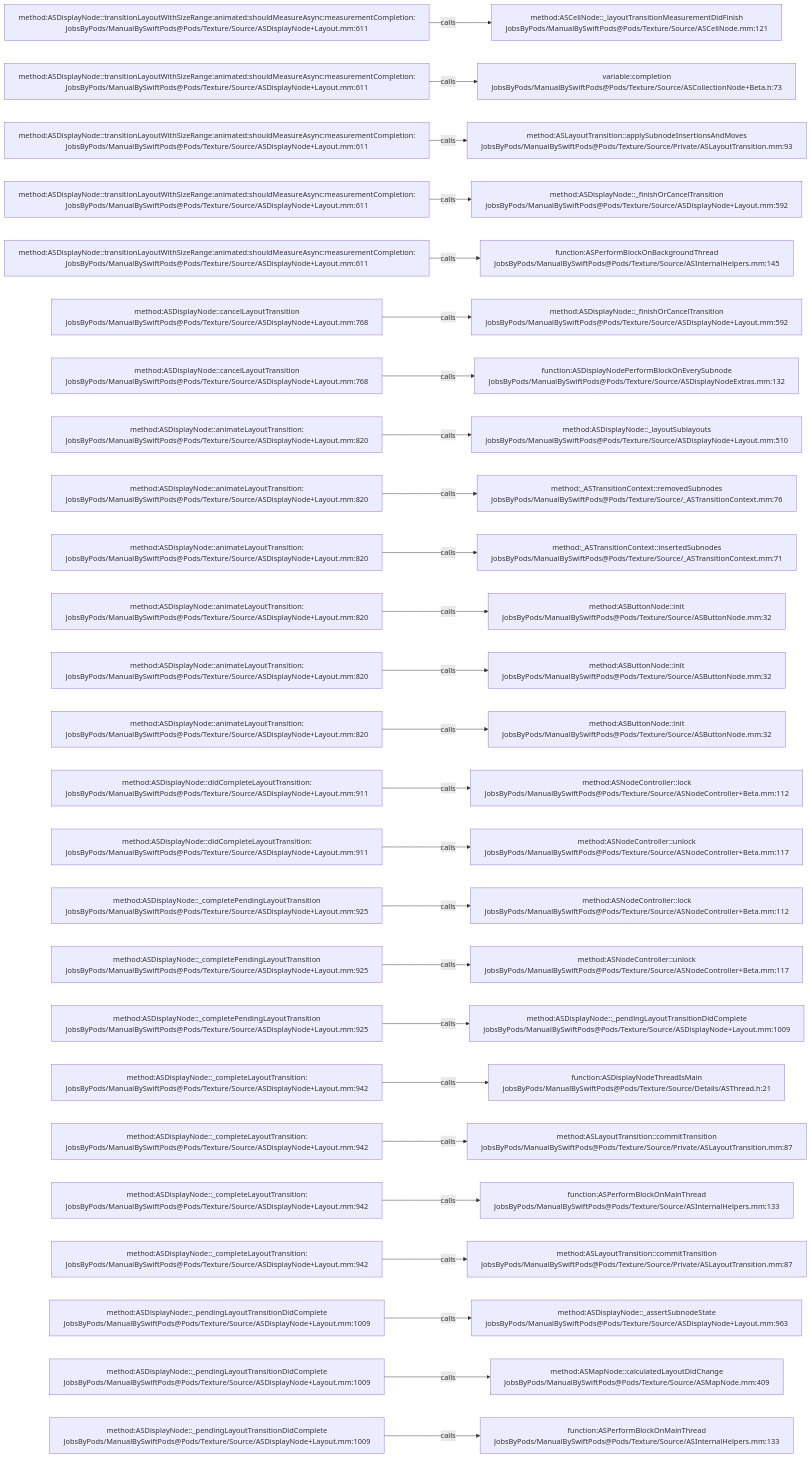
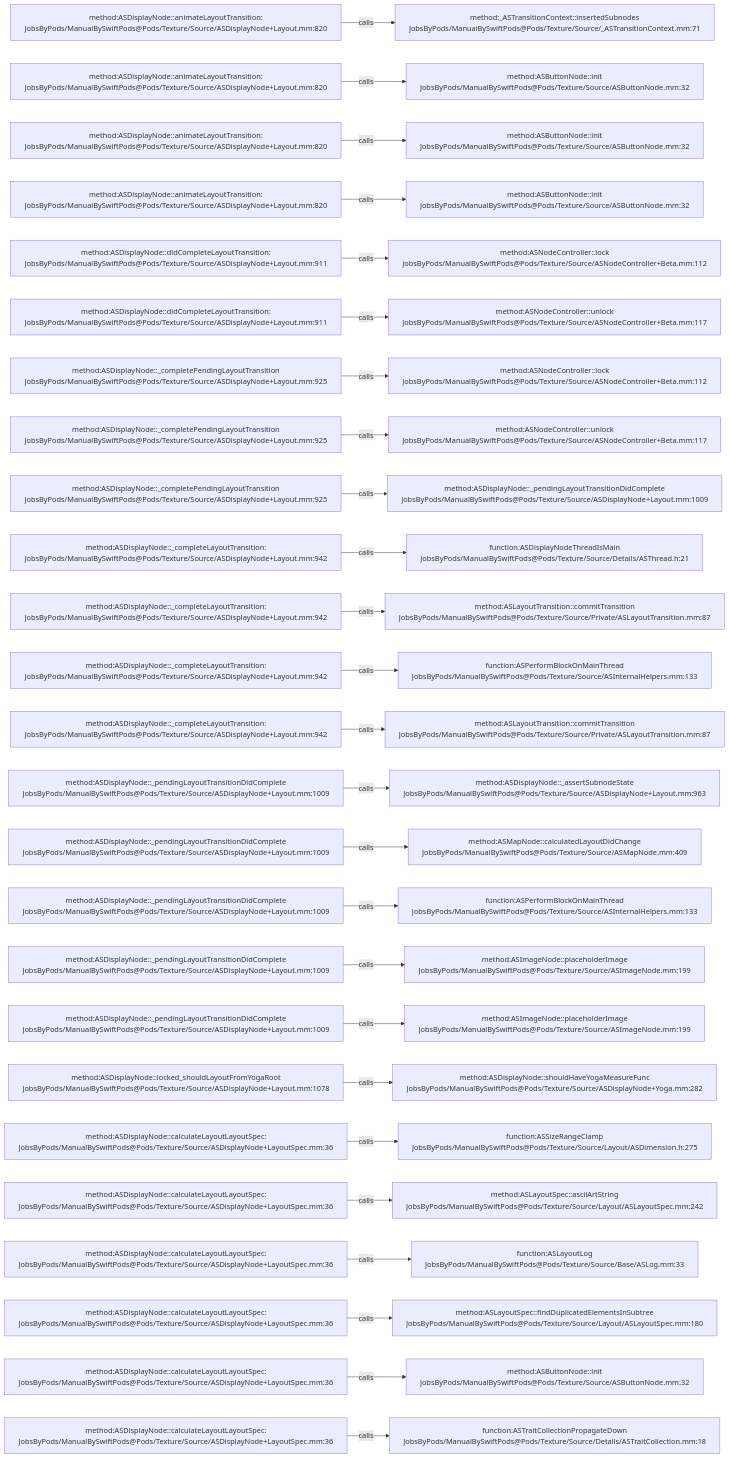
Before and after one commit to JobsKits/JobsSwiftBaseConfigDemo: the diagram in .codegraph/codegraph.md/graphs/calls-024.md, drawn with Mermaid. The commit also changed 707 other files, not shown here.

````diff
--- a/.codegraph/codegraph.md/graphs/calls-024.md
+++ b/.codegraph/codegraph.md/graphs/calls-024.md
@@ -13,78 +13,78 @@
 ```mermaid
 flowchart LR
-  S1["method:ASDisplayNode::transitionLayoutWithSizeRange:animated:shouldMeasureAsync:measurementCompletion:<br/>JobsByPods/ManualBySwiftPods@Pods/Texture/Source/ASDisplayNode+Layout.mm:611"]
-  T1["method:ASCellNode::_layoutTransitionMeasurementDidFinish<br/>JobsByPods/ManualBySwiftPods@Pods/Texture/Source/ASCellNode.mm:121"]
+  S1["method:ASDisplayNode::animateLayoutTransition:<br/>JobsByPods/ManualBySwiftPods@Pods/Texture/Source/ASDisplayNode+Layout.mm:820"]
+  T1["method:_ASTransitionContext::insertedSubnodes<br/>JobsByPods/ManualBySwiftPods@Pods/Texture/Source/_ASTransitionContext.mm:71"]
   S1 -->|calls| T1
-  S2["method:ASDisplayNode::transitionLayoutWithSizeRange:animated:shouldMeasureAsync:measurementCompletion:<br/>JobsByPods/ManualBySwiftPods@Pods/Texture/Source/ASDisplayNode+Layout.mm:611"]
-  T2["variable:completion<br/>JobsByPods/ManualBySwiftPods@Pods/Texture/Source/ASCollectionNode+Beta.h:73"]
+  S2["method:ASDisplayNode::animateLayoutTransition:<br/>JobsByPods/ManualBySwiftPods@Pods/Texture/Source/ASDisplayNode+Layout.mm:820"]
+  T2["method:ASButtonNode::init<br/>JobsByPods/ManualBySwiftPods@Pods/Texture/Source/ASButtonNode.mm:32"]
   S2 -->|calls| T2
-  S3["method:ASDisplayNode::transitionLayoutWithSizeRange:animated:shouldMeasureAsync:measurementCompletion:<br/>JobsByPods/ManualBySwiftPods@Pods/Texture/Source/ASDisplayNode+Layout.mm:611"]
-  T3["method:ASLayoutTransition::applySubnodeInsertionsAndMoves<br/>JobsByPods/ManualBySwiftPods@Pods/Texture/Source/Private/ASLayoutTransition.mm:93"]
+  S3["method:ASDisplayNode::animateLayoutTransition:<br/>JobsByPods/ManualBySwiftPods@Pods/Texture/Source/ASDisplayNode+Layout.mm:820"]
+  T3["method:ASButtonNode::init<br/>JobsByPods/ManualBySwiftPods@Pods/Texture/Source/ASButtonNode.mm:32"]
   S3 -->|calls| T3
-  S4["method:ASDisplayNode::transitionLayoutWithSizeRange:animated:shouldMeasureAsync:measurementCompletion:<br/>JobsByPods/ManualBySwiftPods@Pods/Texture/Source/ASDisplayNode+Layout.mm:611"]
-  T4["method:ASDisplayNode::_finishOrCancelTransition<br/>JobsByPods/ManualBySwiftPods@Pods/Texture/Source/ASDisplayNode+Layout.mm:592"]
+  S4["method:ASDisplayNode::animateLayoutTransition:<br/>JobsByPods/ManualBySwiftPods@Pods/Texture/Source/ASDisplayNode+Layout.mm:820"]
+  T4["method:ASButtonNode::init<br/>JobsByPods/ManualBySwiftPods@Pods/Texture/Source/ASButtonNode.mm:32"]
   S4 -->|calls| T4
-  S5["method:ASDisplayNode::transitionLayoutWithSizeRange:animated:shouldMeasureAsync:measurementCompletion:<br/>JobsByPods/ManualBySwiftPods@Pods/Texture/Source/ASDisplayNode+Layout.mm:611"]
-  T5["function:ASPerformBlockOnBackgroundThread<br/>JobsByPods/ManualBySwiftPods@Pods/Texture/Source/ASInternalHelpers.mm:145"]
+  S5["method:ASDisplayNode::didCompleteLayoutTransition:<br/>JobsByPods/ManualBySwiftPods@Pods/Texture/Source/ASDisplayNode+Layout.mm:911"]
+  T5["method:ASNodeController::lock<br/>JobsByPods/ManualBySwiftPods@Pods/Texture/Source/ASNodeController+Beta.mm:112"]
   S5 -->|calls| T5
-  S6["method:ASDisplayNode::cancelLayoutTransition<br/>JobsByPods/ManualBySwiftPods@Pods/Texture/Source/ASDisplayNode+Layout.mm:768"]
-  T6["method:ASDisplayNode::_finishOrCancelTransition<br/>JobsByPods/ManualBySwiftPods@Pods/Texture/Source/ASDisplayNode+Layout.mm:592"]
+  S6["method:ASDisplayNode::didCompleteLayoutTransition:<br/>JobsByPods/ManualBySwiftPods@Pods/Texture/Source/ASDisplayNode+Layout.mm:911"]
+  T6["method:ASNodeController::unlock<br/>JobsByPods/ManualBySwiftPods@Pods/Texture/Source/ASNodeController+Beta.mm:117"]
   S6 -->|calls| T6
-  S7["method:ASDisplayNode::cancelLayoutTransition<br/>JobsByPods/ManualBySwiftPods@Pods/Texture/Source/ASDisplayNode+Layout.mm:768"]
-  T7["function:ASDisplayNodePerformBlockOnEverySubnode<br/>JobsByPods/ManualBySwiftPods@Pods/Texture/Source/ASDisplayNodeExtras.mm:132"]
+  S7["method:ASDisplayNode::_completePendingLayoutTransition<br/>JobsByPods/ManualBySwiftPods@Pods/Texture/Source/ASDisplayNode+Layout.mm:925"]
+  T7["method:ASNodeController::lock<br/>JobsByPods/ManualBySwiftPods@Pods/Texture/Source/ASNodeController+Beta.mm:112"]
   S7 -->|calls| T7
-  S8["method:ASDisplayNode::animateLayoutTransition:<br/>JobsByPods/ManualBySwiftPods@Pods/Texture/Source/ASDisplayNode+Layout.mm:820"]
-  T8["method:ASDisplayNode::_layoutSublayouts<br/>JobsByPods/ManualBySwiftPods@Pods/Texture/Source/ASDisplayNode+Layout.mm:510"]
+  S8["method:ASDisplayNode::_completePendingLayoutTransition<br/>JobsByPods/ManualBySwiftPods@Pods/Texture/Source/ASDisplayNode+Layout.mm:925"]
+  T8["method:ASNodeController::unlock<br/>JobsByPods/ManualBySwiftPods@Pods/Texture/Source/ASNodeController+Beta.mm:117"]
   S8 -->|calls| T8
-  S9["method:ASDisplayNode::animateLayoutTransition:<br/>JobsByPods/ManualBySwiftPods@Pods/Texture/Source/ASDisplayNode+Layout.mm:820"]
-  T9["method:_ASTransitionContext::removedSubnodes<br/>JobsByPods/ManualBySwiftPods@Pods/Texture/Source/_ASTransitionContext.mm:76"]
+  S9["method:ASDisplayNode::_completePendingLayoutTransition<br/>JobsByPods/ManualBySwiftPods@Pods/Texture/Source/ASDisplayNode+Layout.mm:925"]
+  T9["method:ASDisplayNode::_pendingLayoutTransitionDidComplete<br/>JobsByPods/ManualBySwiftPods@Pods/Texture/Source/ASDisplayNode+Layout.mm:1009"]
   S9 -->|calls| T9
-  S10["method:ASDisplayNode::animateLayoutTransition:<br/>JobsByPods/ManualBySwiftPods@Pods/Texture/Source/ASDisplayNode+Layout.mm:820"]
-  T10["method:_ASTransitionContext::insertedSubnodes<br/>JobsByPods/ManualBySwiftPods@Pods/Texture/Source/_ASTransitionContext.mm:71"]
+  S10["method:ASDisplayNode::_completeLayoutTransition:<br/>JobsByPods/ManualBySwiftPods@Pods/Texture/Source/ASDisplayNode+Layout.mm:942"]
+  T10["function:ASDisplayNodeThreadIsMain<br/>JobsByPods/ManualBySwiftPods@Pods/Texture/Source/Details/ASThread.h:21"]
   S10 -->|calls| T10
-  S11["method:ASDisplayNode::animateLayoutTransition:<br/>JobsByPods/ManualBySwiftPods@Pods/Texture/Source/ASDisplayNode+Layout.mm:820"]
-  T11["method:ASButtonNode::init<br/>JobsByPods/ManualBySwiftPods@Pods/Texture/Source/ASButtonNode.mm:32"]
+  S11["method:ASDisplayNode::_completeLayoutTransition:<br/>JobsByPods/ManualBySwiftPods@Pods/Texture/Source/ASDisplayNode+Layout.mm:942"]
+  T11["method:ASLayoutTransition::commitTransition<br/>JobsByPods/ManualBySwiftPods@Pods/Texture/Source/Private/ASLayoutTransition.mm:87"]
   S11 -->|calls| T11
-  S12["method:ASDisplayNode::animateLayoutTransition:<br/>JobsByPods/ManualBySwiftPods@Pods/Texture/Source/ASDisplayNode+Layout.mm:820"]
-  T12["method:ASButtonNode::init<br/>JobsByPods/ManualBySwiftPods@Pods/Texture/Source/ASButtonNode.mm:32"]
+  S12["method:ASDisplayNode::_completeLayoutTransition:<br/>JobsByPods/ManualBySwiftPods@Pods/Texture/Source/ASDisplayNode+Layout.mm:942"]
+  T12["function:ASPerformBlockOnMainThread<br/>JobsByPods/ManualBySwiftPods@Pods/Texture/Source/ASInternalHelpers.mm:133"]
   S12 -->|calls| T12
-  S13["method:ASDisplayNode::animateLayoutTransition:<br/>JobsByPods/ManualBySwiftPods@Pods/Texture/Source/ASDisplayNode+Layout.mm:820"]
-  T13["method:ASButtonNode::init<br/>JobsByPods/ManualBySwiftPods@Pods/Texture/Source/ASButtonNode.mm:32"]
+  S13["method:ASDisplayNode::_completeLayoutTransition:<br/>JobsByPods/ManualBySwiftPods@Pods/Texture/Source/ASDisplayNode+Layout.mm:942"]
+  T13["method:ASLayoutTransition::commitTransition<br/>JobsByPods/ManualBySwiftPods@Pods/Texture/Source/Private/ASLayoutTransition.mm:87"]
   S13 -->|calls| T13
-  S14["method:ASDisplayNode::didCompleteLayoutTransition:<br/>JobsByPods/ManualBySwiftPods@Pods/Texture/Source/ASDisplayNode+Layout.mm:911"]
-  T14["method:ASNodeController::lock<br/>JobsByPods/ManualBySwiftPods@Pods/Texture/Source/ASNodeController+Beta.mm:112"]
+  S14["method:ASDisplayNode::_pendingLayoutTransitionDidComplete<br/>JobsByPods/ManualBySwiftPods@Pods/Texture/Source/ASDisplayNode+Layout.mm:1009"]
+  T14["method:ASDisplayNode::_assertSubnodeState<br/>JobsByPods/ManualBySwiftPods@Pods/Texture/Source/ASDisplayNode+Layout.mm:963"]
   S14 -->|calls| T14
-  S15["method:ASDisplayNode::didCompleteLayoutTransition:<br/>JobsByPods/ManualBySwiftPods@Pods/Texture/Source/ASDisplayNode+Layout.mm:911"]
-  T15["method:ASNodeController::unlock<br/>JobsByPods/ManualBySwiftPods@Pods/Texture/Source/ASNodeController+Beta.mm:117"]
+  S15["method:ASDisplayNode::_pendingLayoutTransitionDidComplete<br/>JobsByPods/ManualBySwiftPods@Pods/Texture/Source/ASDisplayNode+Layout.mm:1009"]
+  T15["method:ASMapNode::calculatedLayoutDidChange<br/>JobsByPods/ManualBySwiftPods@Pods/Texture/Source/ASMapNode.mm:409"]
   S15 -->|calls| T15
-  S16["method:ASDisplayNode::_completePendingLayoutTransition<br/>JobsByPods/ManualBySwiftPods@Pods/Texture/Source/ASDisplayNode+Layout.mm:925"]
-  T16["method:ASNodeController::lock<br/>JobsByPods/ManualBySwiftPods@Pods/Texture/Source/ASNodeController+Beta.mm:112"]
+  S16["method:ASDisplayNode::_pendingLayoutTransitionDidComplete<br/>JobsByPods/ManualBySwiftPods@Pods/Texture/Source/ASDisplayNode+Layout.mm:1009"]
+  T16["function:ASPerformBlockOnMainThread<br/>JobsByPods/ManualBySwiftPods@Pods/Texture/Source/ASInternalHelpers.mm:133"]
   S16 -->|calls| T16
-  S17["method:ASDisplayNode::_completePendingLayoutTransition<br/>JobsByPods/ManualBySwiftPods@Pods/Texture/Source/ASDisplayNode+Layout.mm:925"]
-  T17["method:ASNodeController::unlock<br/>JobsByPods/ManualBySwiftPods@Pods/Texture/Source/ASNodeController+Beta.mm:117"]
+  S17["method:ASDisplayNode::_pendingLayoutTransitionDidComplete<br/>JobsByPods/ManualBySwiftPods@Pods/Texture/Source/ASDisplayNode+Layout.mm:1009"]
+  T17["method:ASImageNode::placeholderImage<br/>JobsByPods/ManualBySwiftPods@Pods/Texture/Source/ASImageNode.mm:199"]
   S17 -->|calls| T17
-  S18["method:ASDisplayNode::_completePendingLayoutTransition<br/>JobsByPods/ManualBySwiftPods@Pods/Texture/Source/ASDisplayNode+Layout.mm:925"]
-  T18["method:ASDisplayNode::_pendingLayoutTransitionDidComplete<br/>JobsByPods/ManualBySwiftPods@Pods/Texture/Source/ASDisplayNode+Layout.mm:1009"]
+  S18["method:ASDisplayNode::_pendingLayoutTransitionDidComplete<br/>JobsByPods/ManualBySwiftPods@Pods/Texture/Source/ASDisplayNode+Layout.mm:1009"]
+  T18["method:ASImageNode::placeholderImage<br/>JobsByPods/ManualBySwiftPods@Pods/Texture/Source/ASImageNode.mm:199"]
   S18 -->|calls| T18
-  S19["method:ASDisplayNode::_completeLayoutTransition:<br/>JobsByPods/ManualBySwiftPods@Pods/Texture/Source/ASDisplayNode+Layout.mm:942"]
-  T19["function:ASDisplayNodeThreadIsMain<br/>JobsByPods/ManualBySwiftPods@Pods/Texture/Source/Details/ASThread.h:21"]
+  S19["method:ASDisplayNode::locked_shouldLayoutFromYogaRoot<br/>JobsByPods/ManualBySwiftPods@Pods/Texture/Source/ASDisplayNode+Layout.mm:1078"]
+  T19["method:ASDisplayNode::shouldHaveYogaMeasureFunc<br/>JobsByPods/ManualBySwiftPods@Pods/Texture/Source/ASDisplayNode+Yoga.mm:282"]
   S19 -->|calls| T19
-  S20["method:ASDisplayNode::_completeLayoutTransition:<br/>JobsByPods/ManualBySwiftPods@Pods/Texture/Source/ASDisplayNode+Layout.mm:942"]
-  T20["method:ASLayoutTransition::commitTransition<br/>JobsByPods/ManualBySwiftPods@Pods/Texture/Source/Private/ASLayoutTransition.mm:87"]
+  S20["method:ASDisplayNode::calculateLayoutLayoutSpec:<br/>JobsByPods/ManualBySwiftPods@Pods/Texture/Source/ASDisplayNode+LayoutSpec.mm:36"]
+  T20["function:ASSizeRangeClamp<br/>JobsByPods/ManualBySwiftPods@Pods/Texture/Source/Layout/ASDimension.h:275"]
   S20 -->|calls| T20
-  S21["method:ASDisplayNode::_completeLayoutTransition:<br/>JobsByPods/ManualBySwiftPods@Pods/Texture/Source/ASDisplayNode+Layout.mm:942"]
-  T21["function:ASPerformBlockOnMainThread<br/>JobsByPods/ManualBySwiftPods@Pods/Texture/Source/ASInternalHelpers.mm:133"]
+  S21["method:ASDisplayNode::calculateLayoutLayoutSpec:<br/>JobsByPods/ManualBySwiftPods@Pods/Texture/Source/ASDisplayNode+LayoutSpec.mm:36"]
+  T21["method:ASLayoutSpec::asciiArtString<br/>JobsByPods/ManualBySwiftPods@Pods/Texture/Source/Layout/ASLayoutSpec.mm:242"]
   S21 -->|calls| T21
-  S22["method:ASDisplayNode::_completeLayoutTransition:<br/>JobsByPods/ManualBySwiftPods@Pods/Texture/Source/ASDisplayNode+Layout.mm:942"]
-  T22["method:ASLayoutTransition::commitTransition<br/>JobsByPods/ManualBySwiftPods@Pods/Texture/Source/Private/ASLayoutTransition.mm:87"]
+  S22["method:ASDisplayNode::calculateLayoutLayoutSpec:<br/>JobsByPods/ManualBySwiftPods@Pods/Texture/Source/ASDisplayNode+LayoutSpec.mm:36"]
+  T22["function:ASLayoutLog<br/>JobsByPods/ManualBySwiftPods@Pods/Texture/Source/Base/ASLog.mm:33"]
   S22 -->|calls| T22
-  S23["method:ASDisplayNode::_pendingLayoutTransitionDidComplete<br/>JobsByPods/ManualBySwiftPods@Pods/Texture/Source/ASDisplayNode+Layout.mm:1009"]
-  T23["method:ASDisplayNode::_assertSubnodeState<br/>JobsByPods/ManualBySwiftPods@Pods/Texture/Source/ASDisplayNode+Layout.mm:963"]
+  S23["method:ASDisplayNode::calculateLayoutLayoutSpec:<br/>JobsByPods/ManualBySwiftPods@Pods/Texture/Source/ASDisplayNode+LayoutSpec.mm:36"]
+  T23["method:ASLayoutSpec::findDuplicatedElementsInSubtree<br/>JobsByPods/ManualBySwiftPods@Pods/Texture/Source/Layout/ASLayoutSpec.mm:180"]
   S23 -->|calls| T23
-  S24["method:ASDisplayNode::_pendingLayoutTransitionDidComplete<br/>JobsByPods/ManualBySwiftPods@Pods/Texture/Source/ASDisplayNode+Layout.mm:1009"]
-  T24["method:ASMapNode::calculatedLayoutDidChange<br/>JobsByPods/ManualBySwiftPods@Pods/Texture/Source/ASMapNode.mm:409"]
+  S24["method:ASDisplayNode::calculateLayoutLayoutSpec:<br/>JobsByPods/ManualBySwiftPods@Pods/Texture/Source/ASDisplayNode+LayoutSpec.mm:36"]
+  T24["method:ASButtonNode::init<br/>JobsByPods/ManualBySwiftPods@Pods/Texture/Source/ASButtonNode.mm:32"]
   S24 -->|calls| T24
-  S25["method:ASDisplayNode::_pendingLayoutTransitionDidComplete<br/>JobsByPods/ManualBySwiftPods@Pods/Texture/Source/ASDisplayNode+Layout.mm:1009"]
-  T25["function:ASPerformBlockOnMainThread<br/>JobsByPods/ManualBySwiftPods@Pods/Texture/Source/ASInternalHelpers.mm:133"]
+  S25["method:ASDisplayNode::calculateLayoutLayoutSpec:<br/>JobsByPods/ManualBySwiftPods@Pods/Texture/Source/ASDisplayNode+LayoutSpec.mm:36"]
+  T25["function:ASTraitCollectionPropagateDown<br/>JobsByPods/ManualBySwiftPods@Pods/Texture/Source/Details/ASTraitCollection.mm:18"]
   S25 -->|calls| T25
 ```
````
